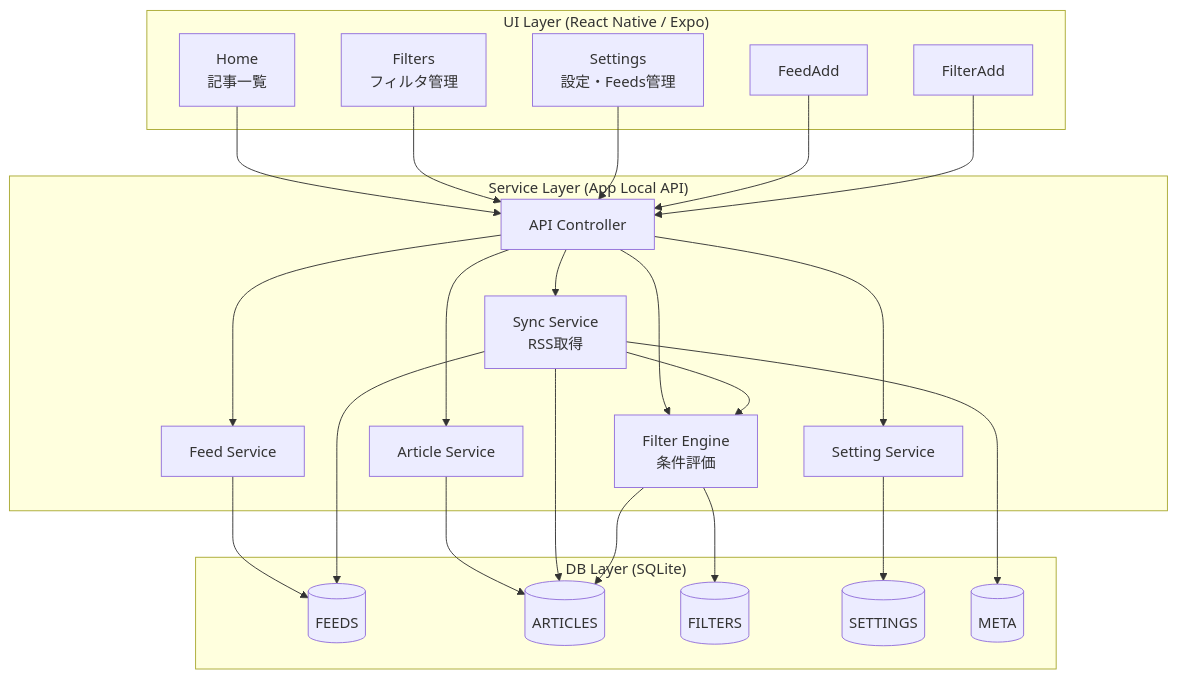
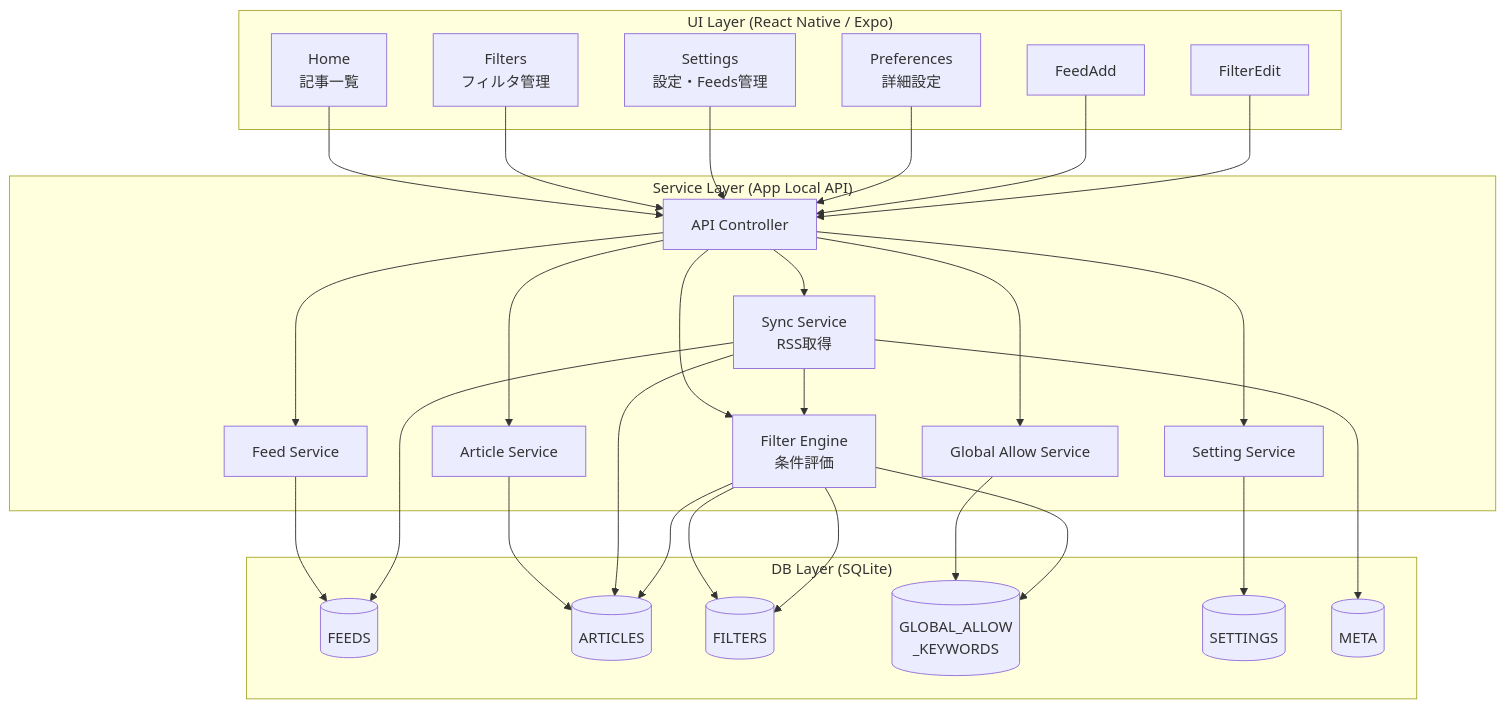
Before and after one commit to yskms/filto-app: the diagram in docs/02_basic_design/07_architecture.md, drawn with Mermaid. The commit also changed other lines of this file and 4 other files, not shown here.

````diff
--- a/docs/02_basic_design/07_architecture.md
+++ b/docs/02_basic_design/07_architecture.md
@@ -3,58 +3,66 @@
 ```mermaid
 flowchart TB
 
   %% ===== UI Layer =====
   subgraph UI["UI Layer (React Native / Expo)"]
     Home["Home<br/>記事一覧"]
     FiltersUI["Filters<br/>フィルタ管理"]
     SettingsUI["Settings<br/>設定・Feeds管理"]
+    PreferencesUI["Preferences<br/>詳細設定"]
     FeedAddUI["FeedAdd"]
-    FilterAddUI["FilterAdd"]
+    FilterEditUI["FilterEdit"]
   end
 
   %% ===== Service Layer =====
   subgraph Service["Service Layer (App Local API)"]
     Api["API Controller"]
     Sync["Sync Service<br/>RSS取得"]
     FilterSvc["Filter Engine<br/>条件評価"]
     FeedSvc["Feed Service"]
     ArticleSvc["Article Service"]
+    GlobalAllowSvc["Global Allow Service"]
     SettingSvc["Setting Service"]
   end
 
   %% ===== DB Layer =====
   subgraph DB["DB Layer (SQLite)"]
     FEEDS[(FEEDS)]
     ARTICLES[(ARTICLES)]
     FILTERS[(FILTERS)]
+    GLOBAL_ALLOW[(GLOBAL_ALLOW<br/>_KEYWORDS)]
     SETTINGS[(SETTINGS)]
     META[(META)]
   end
 
   %% UI -> API
   Home --> Api
   FiltersUI --> Api
   SettingsUI --> Api
+  PreferencesUI --> Api
   FeedAddUI --> Api
-  FilterAddUI --> Api
+  FilterEditUI --> Api
 
   %% API -> Services
   Api --> Sync
   Api --> FilterSvc
   Api --> FeedSvc
   Api --> ArticleSvc
+  Api --> GlobalAllowSvc
   Api --> SettingSvc
 
   %% Services -> DB
   FeedSvc --> FEEDS
   ArticleSvc --> ARTICLES
   FilterSvc --> FILTERS
+  GlobalAllowSvc --> GLOBAL_ALLOW
   SettingSvc --> SETTINGS
   Sync --> FEEDS
   Sync --> ARTICLES
   Sync --> META
 
   %% Relations
   Sync --> FilterSvc
+  FilterSvc --> FILTERS
+  FilterSvc --> GLOBAL_ALLOW
   FilterSvc --> ARTICLES
 ```
````
